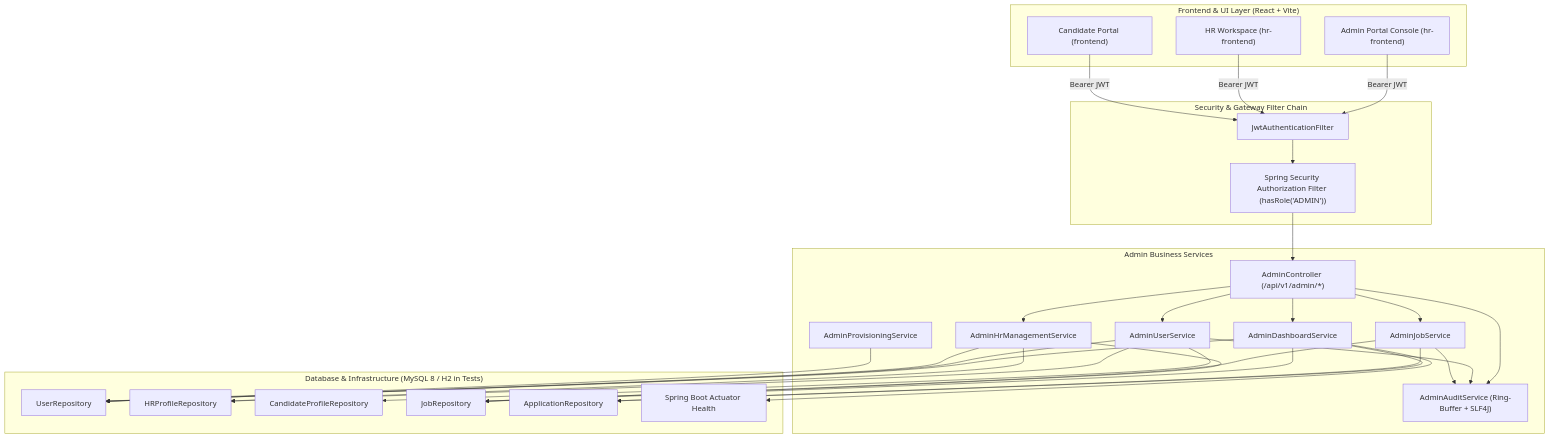
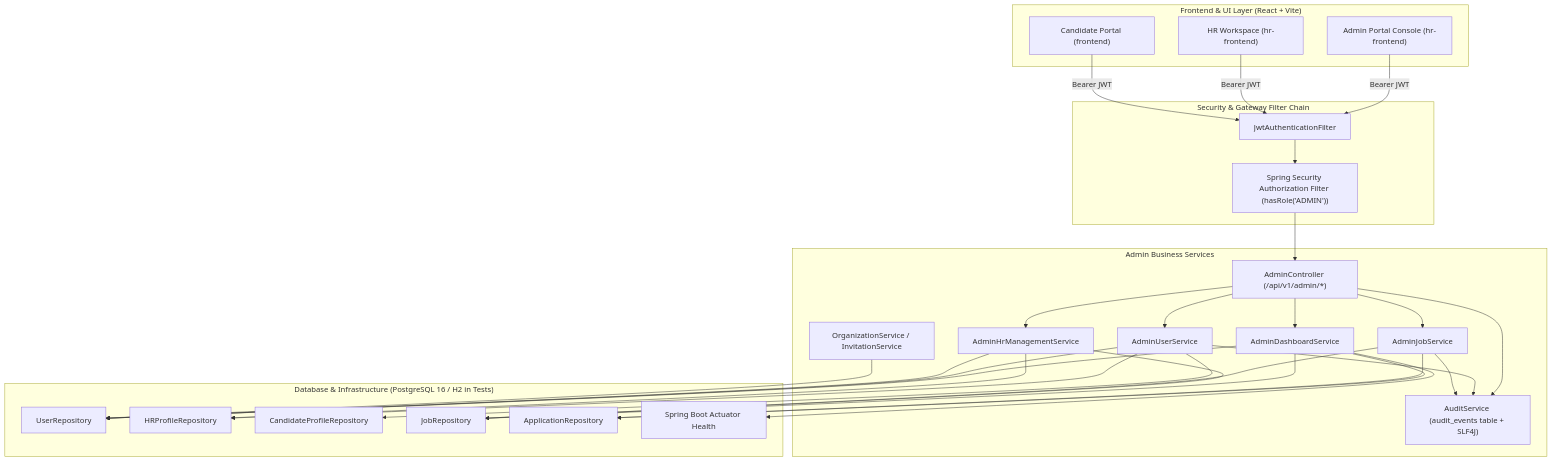
The first of 4 diagrams in docs/architecture/ADMIN_PORTAL.md (Krishna-Goel2002/RecruitPro), drawn with Mermaid before and after one commit. The commit also changed other lines of this file and 615 other files, not shown here.

````diff
--- a/docs/architecture/ADMIN_PORTAL.md
+++ b/docs/architecture/ADMIN_PORTAL.md
@@ -11,64 +13,64 @@
 ```mermaid
 flowchart TD
     subgraph Client_Layer["Frontend & UI Layer (React + Vite)"]
         AP["Admin Portal Console (hr-frontend)"]
         HP["HR Workspace (hr-frontend)"]
         CP["Candidate Portal (frontend)"]
     end
 
     subgraph Security_Layer["Security & Gateway Filter Chain"]
         JWT["JwtAuthenticationFilter"]
         SEC["Spring Security Authorization Filter (hasRole('ADMIN'))"]
     end
 
     subgraph Service_Layer["Admin Business Services"]
         AC["AdminController (/api/v1/admin/*)"]
         ADS["AdminDashboardService"]
         AUS["AdminUserService"]
         AHS["AdminHrManagementService"]
         AJS["AdminJobService"]
-        AAS["AdminAuditService (Ring-Buffer + SLF4J)"]
-        APS["AdminProvisioningService"]
+        AAS["AuditService (audit_events table + SLF4J)"]
+        APS["OrganizationService / InvitationService"]
     end
 
-    subgraph Data_Layer["Database & Infrastructure (MySQL 8 / H2 in Tests)"]
+    subgraph Data_Layer["Database & Infrastructure (PostgreSQL 16 / H2 in Tests)"]
         UR["UserRepository"]
         HRR["HRProfileRepository"]
         CPR["CandidateProfileRepository"]
         JR["JobRepository"]
         AR["ApplicationRepository"]
         ACT["Spring Boot Actuator Health"]
     end
 
     AP -->|Bearer JWT| JWT
     HP -->|Bearer JWT| JWT
     CP -->|Bearer JWT| JWT
     JWT --> SEC
     SEC --> AC
 
     AC --> ADS
     AC --> AUS
     AC --> AHS
     AC --> AJS
     AC --> AAS
 
     ADS --> ACT
     ADS --> UR
     ADS --> JR
     ADS --> AR
 
     AUS --> UR
     AUS --> CPR
     AUS --> HRR
     AUS --> AAS
 
     AHS --> UR
     AHS --> HRR
     AHS --> JR
 
     AJS --> JR
     AJS --> AR
     AJS --> AAS
 
     APS --> UR
 ```
````
